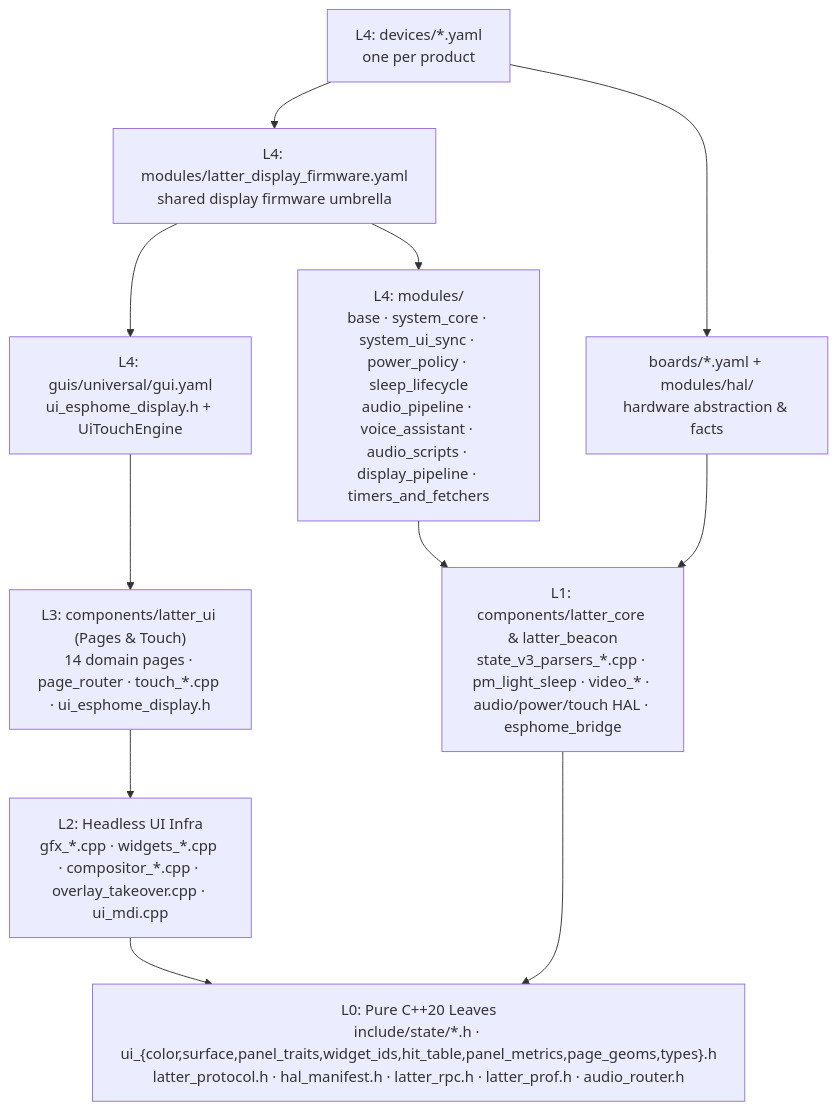
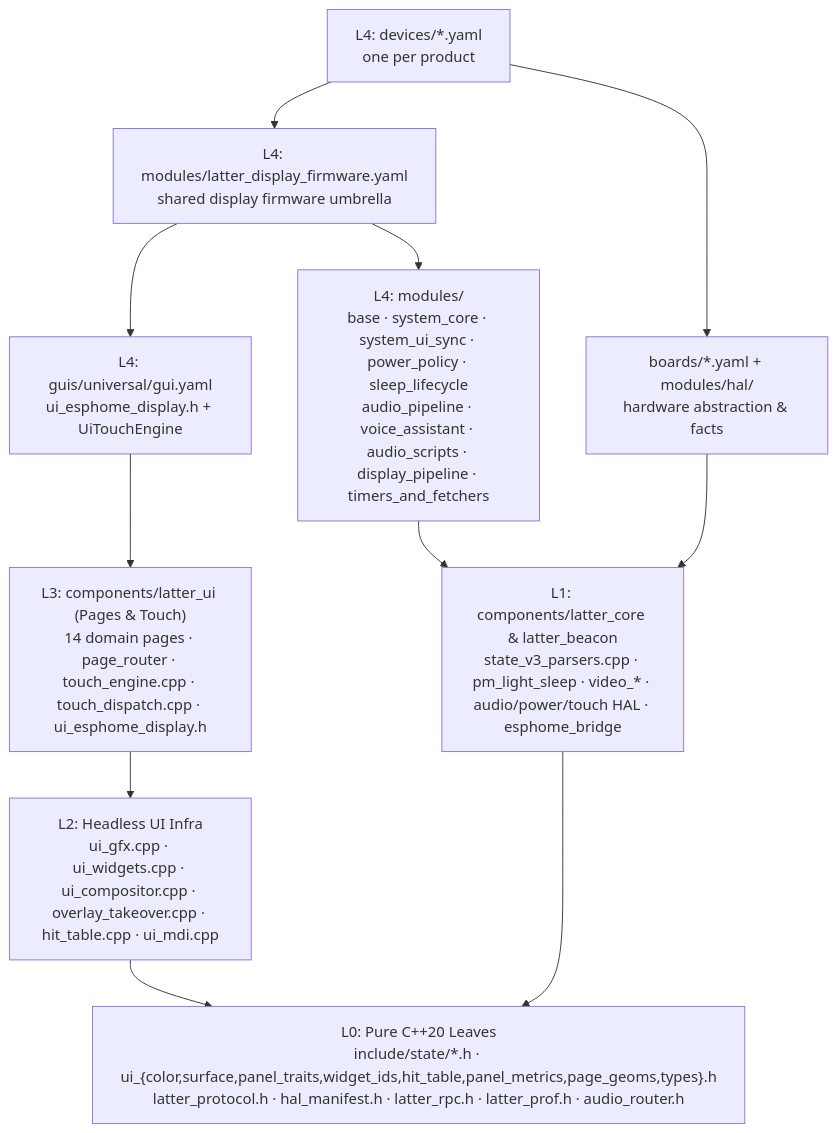
The diagram in docs/architecture.md (slampton/esphome-latter-core), drawn with Mermaid before and after one commit. The commit also changed other lines of this file and 69 other files, not shown here.

````diff
--- a/docs/architecture.md
+++ b/docs/architecture.md
@@ -5,13 +5,13 @@
 ```mermaid
 flowchart TD
     D["L4: devices/*.yaml<br/>one per product"] --> B["boards/*.yaml + modules/hal/<br/>hardware abstraction & facts"]
     D --> U["L4: modules/latter_display_firmware.yaml<br/>shared display firmware umbrella"]
     U --> M["L4: modules/<br/>base · system_core · system_ui_sync · power_policy · sleep_lifecycle<br/>audio_pipeline · voice_assistant · audio_scripts · display_pipeline · timers_and_fetchers"]
     U --> G["L4: guis/universal/gui.yaml<br/>ui_esphome_display.h + UiTouchEngine"]
-    G --> CUI3["L3: components/latter_ui (Pages & Touch)<br/>14 domain pages · page_router · touch_*.cpp · ui_esphome_display.h"]
-    CUI3 --> CUI2["L2: Headless UI Infra<br/>gfx_*.cpp · widgets_*.cpp · compositor_*.cpp · overlay_takeover.cpp · ui_mdi.cpp"]
-    M --> CC["L1: components/latter_core & latter_beacon<br/>state_v3_parsers_*.cpp · pm_light_sleep · video_* · audio/power/touch HAL · esphome_bridge"]
+    G --> CUI3["L3: components/latter_ui (Pages & Touch)<br/>14 domain pages · page_router · touch_engine.cpp · touch_dispatch.cpp · ui_esphome_display.h"]
+    CUI3 --> CUI2["L2: Headless UI Infra<br/>ui_gfx.cpp · ui_widgets.cpp · ui_compositor.cpp · overlay_takeover.cpp · hit_table.cpp · ui_mdi.cpp"]
+    M --> CC["L1: components/latter_core & latter_beacon<br/>state_v3_parsers.cpp · pm_light_sleep · video_* · audio/power/touch HAL · esphome_bridge"]
     B --> CC
     CUI2 --> L0["L0: Pure C++20 Leaves<br/>include/state/*.h · ui_{color,surface,panel_traits,widget_ids,hit_table,panel_metrics,page_geoms,types}.h<br/>latter_protocol.h · hal_manifest.h · latter_rpc.h · latter_prof.h · audio_router.h"]
     CC --> L0
 ```
````
